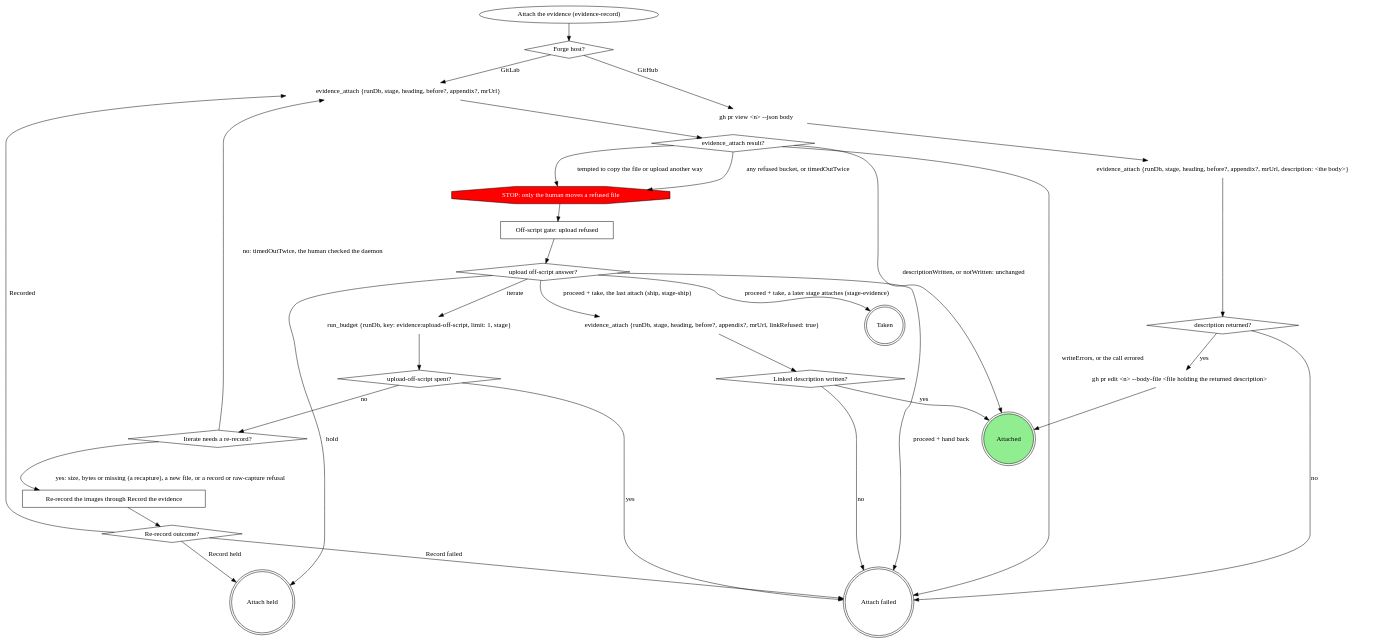
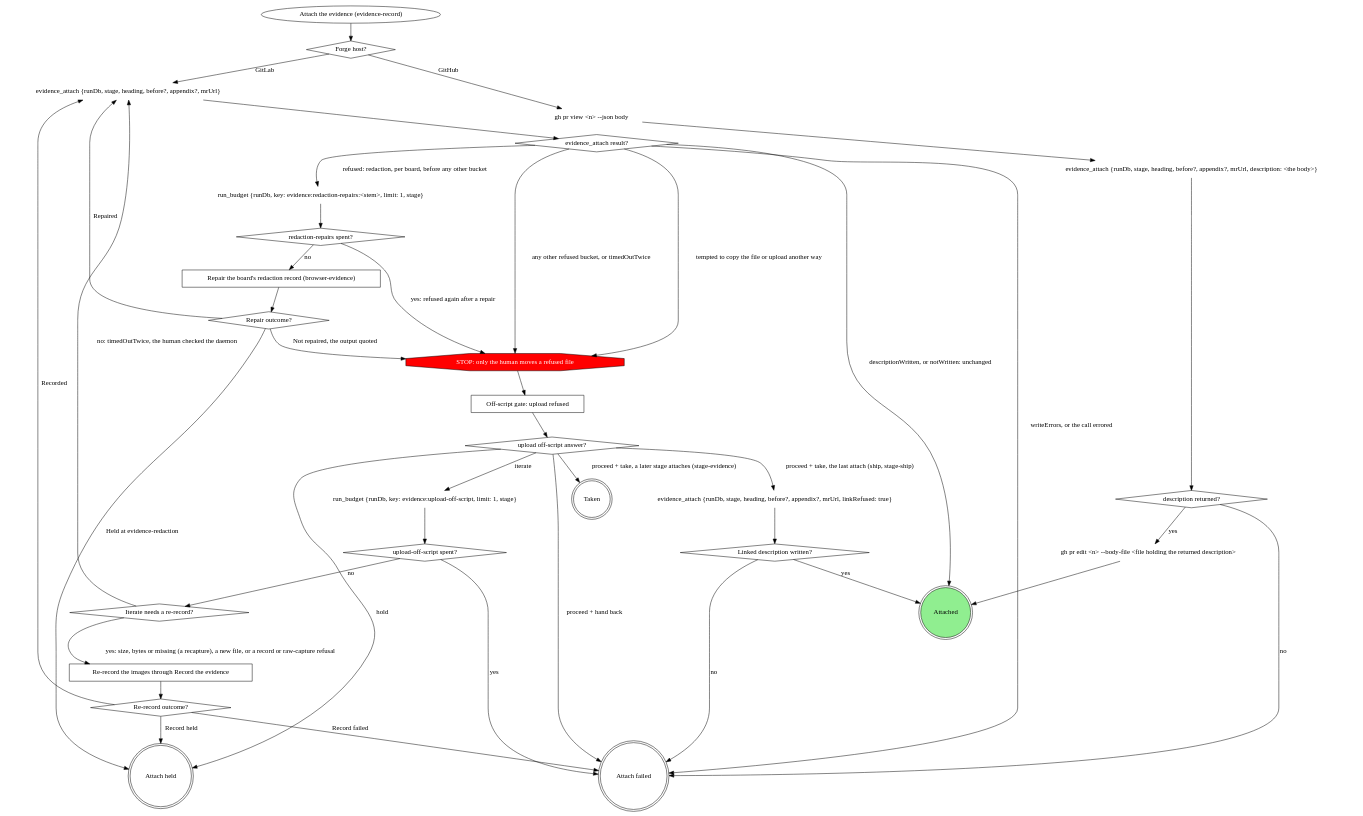
One commit to m4ttstack/mattstack changed the third of 3 diagrams in plugins/mattstack/attachments/evidence-record/SKILL.md. Above: the diagram before and after it, drawn with Graphviz. The commit also changed other lines of this file and 62 other files, not shown here.

First line of the commit message:
composed evidence M4: browser evidence as one mattstack capability (#822)

````diff
--- a/plugins/mattstack/attachments/evidence-record/SKILL.md
+++ b/plugins/mattstack/attachments/evidence-record/SKILL.md
@@ -163,56 +182,68 @@
 ```dot
 digraph attach_evidence {
     attach_evidence [label="Attach the evidence (evidence-record)" shape=ellipse];
     forge_host [label="Forge host?" shape=diamond];
     evidence_attach [label="evidence_attach {runDb, stage, heading, before?, appendix?, mrUrl}" shape=plaintext];
     attach_result [label="evidence_attach result?" shape=diamond];
     stop_move_refused_file [label="STOP: only the human moves a refused file" shape=octagon style=filled fillcolor=red fontcolor=white];
     gate_upload_refused [label="Off-script gate: upload refused" shape=box];
     upload_answer [label="upload off-script answer?" shape=diamond];
     evidence_attach_link [label="evidence_attach {runDb, stage, heading, before?, appendix?, mrUrl, linkRefused: true}" shape=plaintext];
     link_written [label="Linked description written?" shape=diamond];
     run_budget_upload [label="run_budget {runDb, key: evidence:upload-off-script, limit: 1, stage}" shape=plaintext];
     upload_off_script_spent [label="upload-off-script spent?" shape=diamond];
     needs_rerecord [label="Iterate needs a re-record?" shape=diamond];
     rerecord_images [label="Re-record the images through Record the evidence" shape=box];
     rerecord_outcome [label="Re-record outcome?" shape=diamond];
+    run_budget_repair [label="run_budget {runDb, key: evidence:redaction-repairs:<stem>, limit: 1, stage}" shape=plaintext];
+    repairs_spent [label="redaction-repairs spent?" shape=diamond];
+    repair_board [label="Repair the board's redaction record (browser-evidence)" shape=box];
+    repair_outcome [label="Repair outcome?" shape=diamond];
     gh_pr_view [label="gh pr view <n> --json body" shape=plaintext];
     evidence_attach_body [label="evidence_attach {runDb, stage, heading, before?, appendix?, mrUrl, description: <the body>}" shape=plaintext];
     description_returned [label="description returned?" shape=diamond];
     gh_pr_edit [label="gh pr edit <n> --body-file <file holding the returned description>" shape=plaintext];
     attached [label="Attached" shape=doublecircle style=filled fillcolor=lightgreen];
     taken [label="Taken" shape=doublecircle];
     attach_held [label="Attach held" shape=doublecircle];
     attach_failed [label="Attach failed" shape=doublecircle];
 
     attach_evidence -> forge_host;
     forge_host -> evidence_attach [label="GitLab"];
     forge_host -> gh_pr_view [label="GitHub"];
     evidence_attach -> attach_result;
     attach_result -> attached [label="descriptionWritten, or notWritten: unchanged"];
-    attach_result -> stop_move_refused_file [label="any refused bucket, or timedOutTwice"];
+    attach_result -> run_budget_repair [label="refused: redaction, per board, before any other bucket"];
+    attach_result -> stop_move_refused_file [label="any other refused bucket, or timedOutTwice"];
+    run_budget_repair -> repairs_spent;
+    repairs_spent -> repair_board [label="no"];
+    repairs_spent -> stop_move_refused_file [label="yes: refused again after a repair"];
+    repair_board -> repair_outcome;
+    repair_outcome -> evidence_attach [label="Repaired"];
+    repair_outcome -> attach_held [label="Held at evidence-redaction"];
+    repair_outcome -> stop_move_refused_file [label="Not repaired, the output quoted"];
     attach_result -> stop_move_refused_file [label="tempted to copy the file or upload another way"];
     attach_result -> attach_failed [label="writeErrors, or the call errored"];
     stop_move_refused_file -> gate_upload_refused -> upload_answer;
     upload_answer -> taken [label="proceed + take, a later stage attaches (stage-evidence)"];
     upload_answer -> evidence_attach_link [label="proceed + take, the last attach (ship, stage-ship)"];
     upload_answer -> attach_failed [label="proceed + hand back"];
     upload_answer -> run_budget_upload [label="iterate"];
     upload_answer -> attach_held [label="hold"];
     evidence_attach_link -> link_written;
     run_budget_upload -> upload_off_script_spent;
     upload_off_script_spent -> needs_rerecord [label="no"];
     needs_rerecord -> rerecord_images [label="yes: size, bytes or missing (a recapture), a new file, or a record or raw-capture refusal"];
     needs_rerecord -> evidence_attach [label="no: timedOutTwice, the human checked the daemon"];
     rerecord_images -> rerecord_outcome;
     rerecord_outcome -> evidence_attach [label="Recorded"];
     rerecord_outcome -> attach_held [label="Record held"];
     rerecord_outcome -> attach_failed [label="Record failed"];
     gh_pr_view -> evidence_attach_body -> description_returned;
     description_returned -> gh_pr_edit [label="yes"];
     gh_pr_edit -> attached;
     link_written -> attached [label="yes"];
     {link_written description_returned} -> attach_failed [label="no"];
     upload_off_script_spent -> attach_failed [label="yes"];
 }
 ```
````
